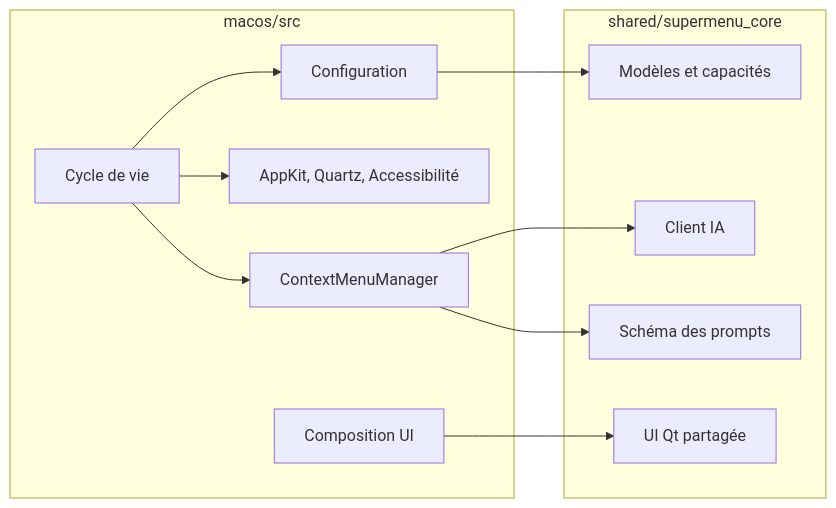
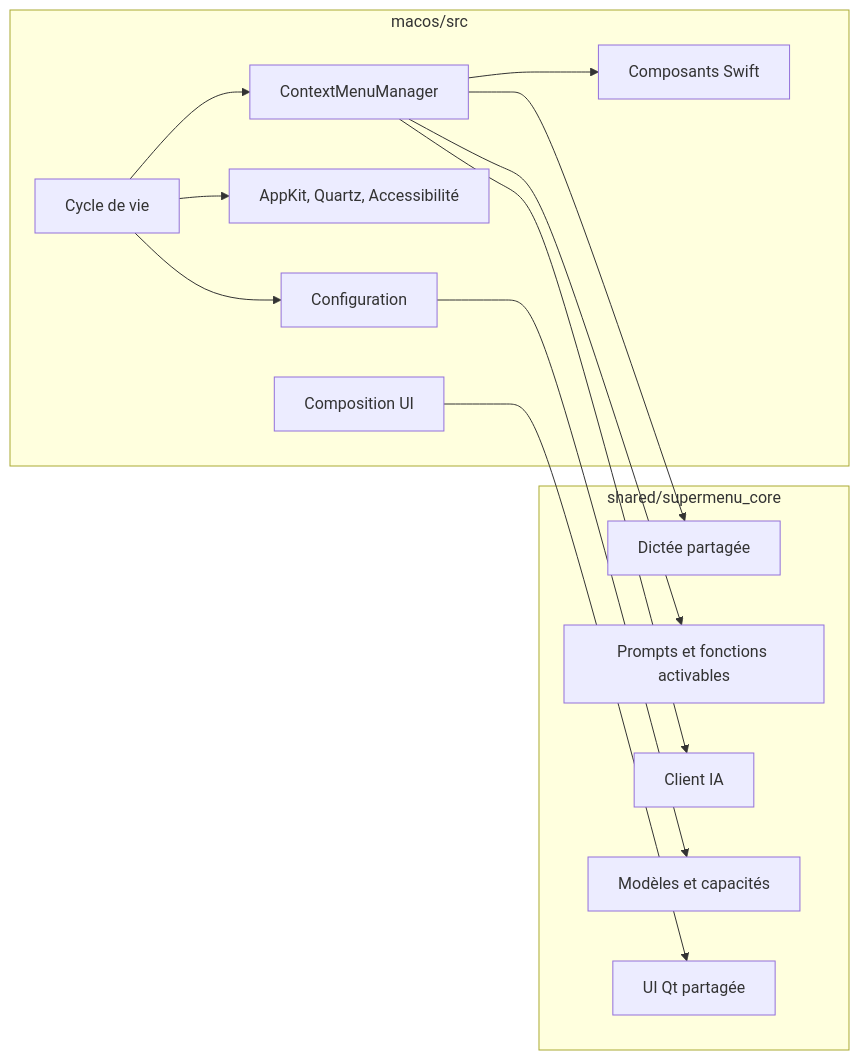
The first of 2 diagrams in macos/docs/ARCHITECTURE.md (lfpoulain/SuperMenu), drawn with Mermaid before and after one commit. The commit also changed other lines of this file and 148 other files, not shown here.

````diff
--- a/macos/docs/ARCHITECTURE.md
+++ b/macos/docs/ARCHITECTURE.md
@@ -45,25 +21,29 @@
 ```mermaid
 flowchart LR
     subgraph Shared["shared/supermenu_core"]
         Client["Client IA"]
         Models["Modèles et capacités"]
-        Prompts["Schéma des prompts"]
+        Prompts["Prompts et fonctions activables"]
+        Audio["Dictée partagée"]
         SharedUI["UI Qt partagée"]
     end
 
     subgraph Mac["macos/src"]
         Bootstrap["Cycle de vie"]
         Settings["Configuration"]
         Native["AppKit, Quartz, Accessibilité"]
         Menu["ContextMenuManager"]
         MacUI["Composition UI"]
+        Helpers["Composants Swift"]
     end
 
     Bootstrap --> Settings
     Bootstrap --> Native
     Bootstrap --> Menu
     Menu --> Client
     Menu --> Prompts
+    Menu --> Audio
+    Menu --> Helpers
     MacUI --> SharedUI
     Settings --> Models
 ```
````
